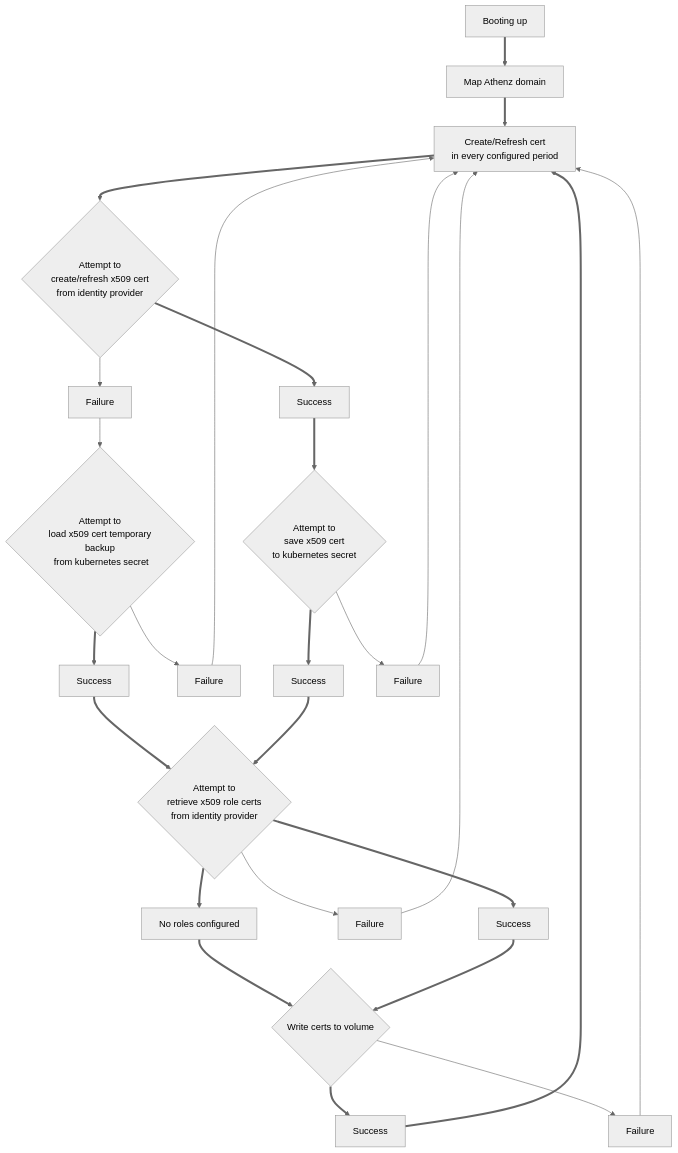
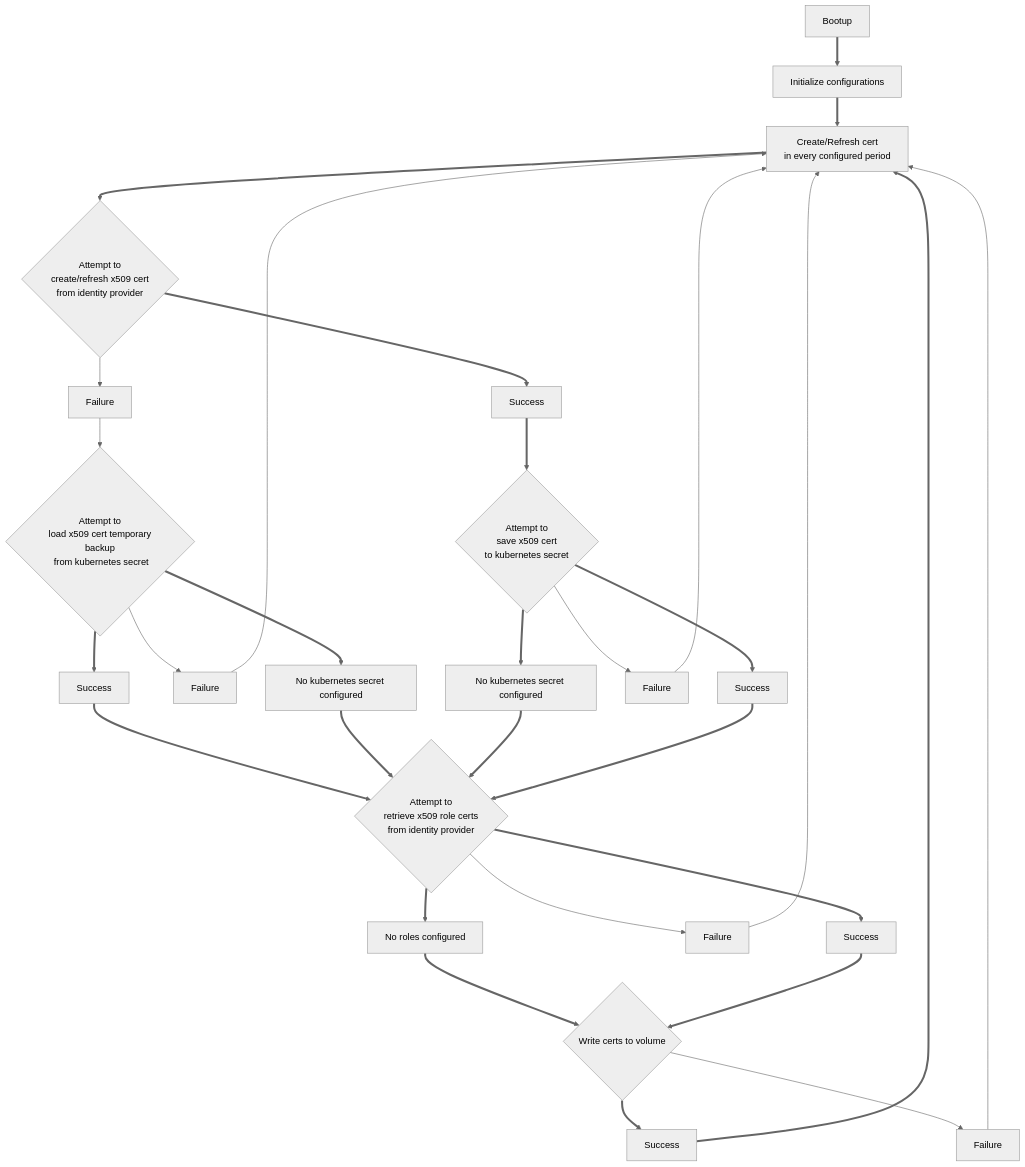
Before and after one commit to AthenZ/k8s-athenz-sia: the diagram in README.md, drawn with Mermaid (neutral theme).

Commit message:
Updated mermaid diagram in README.md

````diff
--- a/README.md
+++ b/README.md
@@ -5,28 +5,32 @@
 ```mermaid
   graph TD;
-      A[Booting up]==>B[Map Athenz domain];
+      A[Bootup]==>B[Initialize configurations];
       B==>C[Create/Refresh cert<br/> in every configured period];
       C==>D{Attempt to<br/> create/refresh x509 cert<br/> from identity provider};
       D==>E[Success];
       D-->E'[Failure];
       E'-->F{Attempt to<br/> load x509 cert temporary backup<br/> from kubernetes secret}
       F==>G[Success];
       G==>J
       F-->G'[Failure];
       G'-->C
+      F==>G''[No kubernetes secret configured];
+      G''==>J
       E==>H{Attempt to<br/> save x509 cert<br/> to kubernetes secret};
       H==>I[Success];
       H-->I'[Failure];
       I'-->C
+      H==>I''[No kubernetes secret configured];
+      I''==>J
       I==>J{Attempt to<br/> retrieve x509 role certs<br/> from identity provider};
       J==>K[Success];
       J-->K'[Failure];
       K'-->C
       J==>K''[No roles configured];
       K''==>L
       K==>L{Write certs to volume}
       L==>M[Success];
       L-->M'[Failure];
       M'-->C
       M==>C
 ```
````
